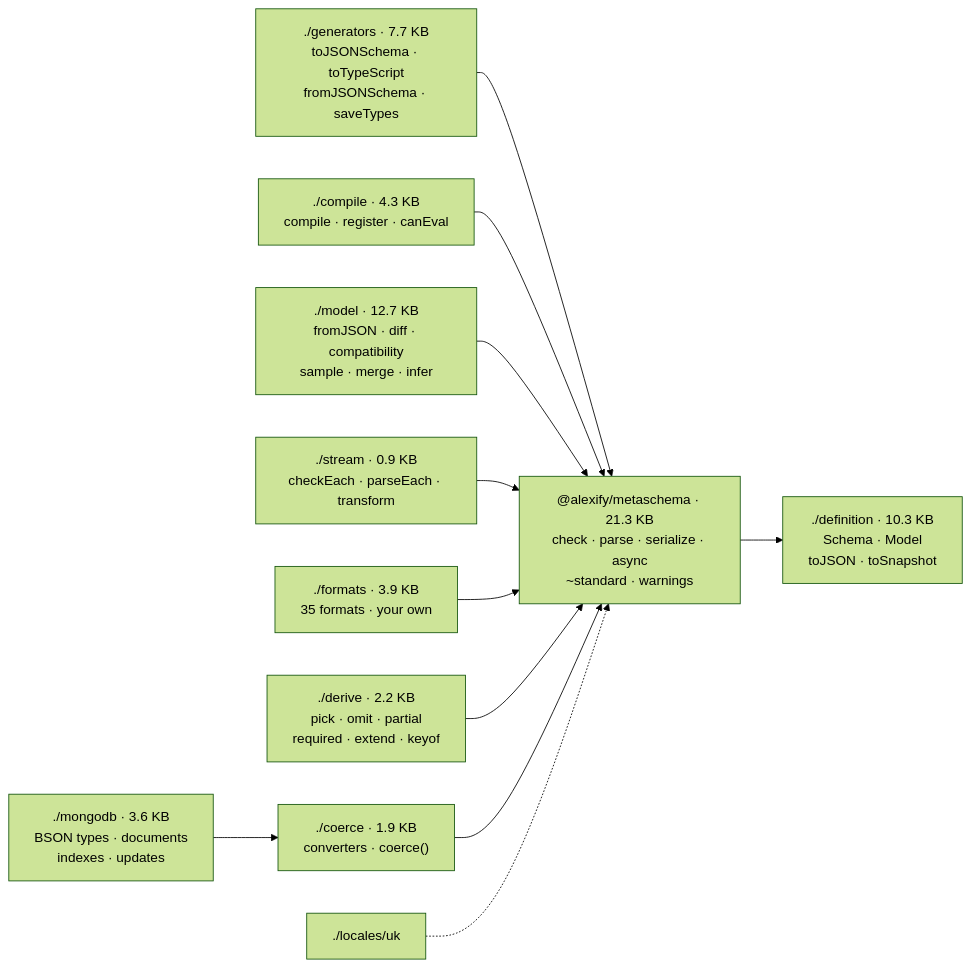
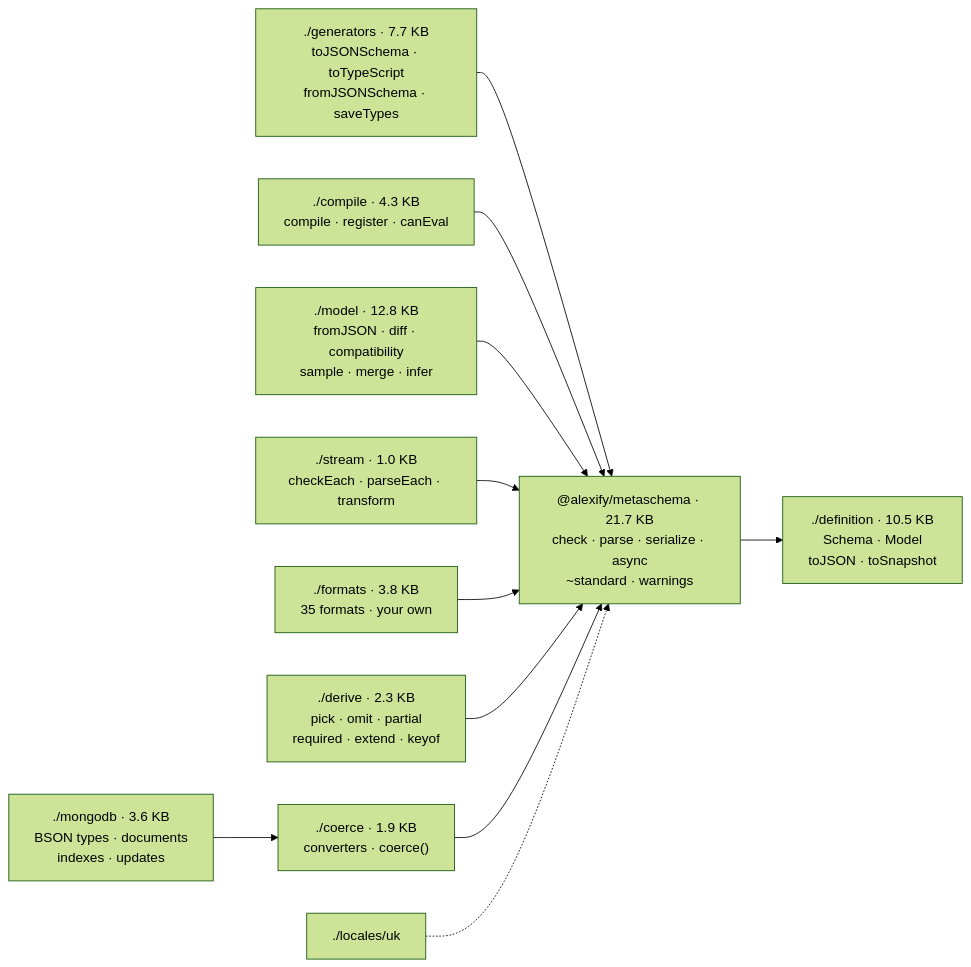
One commit to Alexis-Technologies/metaschema changed the second of 10 diagrams in docs/guide/architecture.md. Above: the diagram before and after it, drawn with Mermaid (forest theme). The commit also changed 42 other files, not shown here.

First line of the commit message:
metaschema v3.4.1: a capitalized first key is a kind only as a kind name holding metadata (#9)

````diff
--- a/docs/guide/architecture.md
+++ b/docs/guide/architecture.md
@@ -42,14 +42,14 @@
 ```mermaid
 flowchart LR
     GEN["./generators · 7.7 KB<br/>toJSONSchema · toTypeScript<br/>fromJSONSchema · saveTypes"] --> CORE
     COMP["./compile · 4.3 KB<br/>compile · register · canEval"] --> CORE
-    MOD["./model · 12.7 KB<br/>fromJSON · diff · compatibility<br/>sample · merge · infer"] --> CORE
-    STR["./stream · 0.9 KB<br/>checkEach · parseEach · transform"] --> CORE
-    FMT["./formats · 3.9 KB<br/>35 formats · your own"] --> CORE
-    DER["./derive · 2.2 KB<br/>pick · omit · partial<br/>required · extend · keyof"] --> CORE
+    MOD["./model · 12.8 KB<br/>fromJSON · diff · compatibility<br/>sample · merge · infer"] --> CORE
+    STR["./stream · 1.0 KB<br/>checkEach · parseEach · transform"] --> CORE
+    FMT["./formats · 3.8 KB<br/>35 formats · your own"] --> CORE
+    DER["./derive · 2.3 KB<br/>pick · omit · partial<br/>required · extend · keyof"] --> CORE
     COE["./coerce · 1.9 KB<br/>converters · coerce()"] --> CORE
     MDB["./mongodb · 3.6 KB<br/>BSON types · documents<br/>indexes · updates"] --> COE
     LOC["./locales/uk"] -.-> CORE
-    CORE["@alexify/metaschema · 21.3 KB<br/>check · parse · serialize · async<br/>~standard · warnings"] --> DEFN
-    DEFN["./definition · 10.3 KB<br/>Schema · Model<br/>toJSON · toSnapshot"]
+    CORE["@alexify/metaschema · 21.7 KB<br/>check · parse · serialize · async<br/>~standard · warnings"] --> DEFN
+    DEFN["./definition · 10.5 KB<br/>Schema · Model<br/>toJSON · toSnapshot"]
 ```
````
